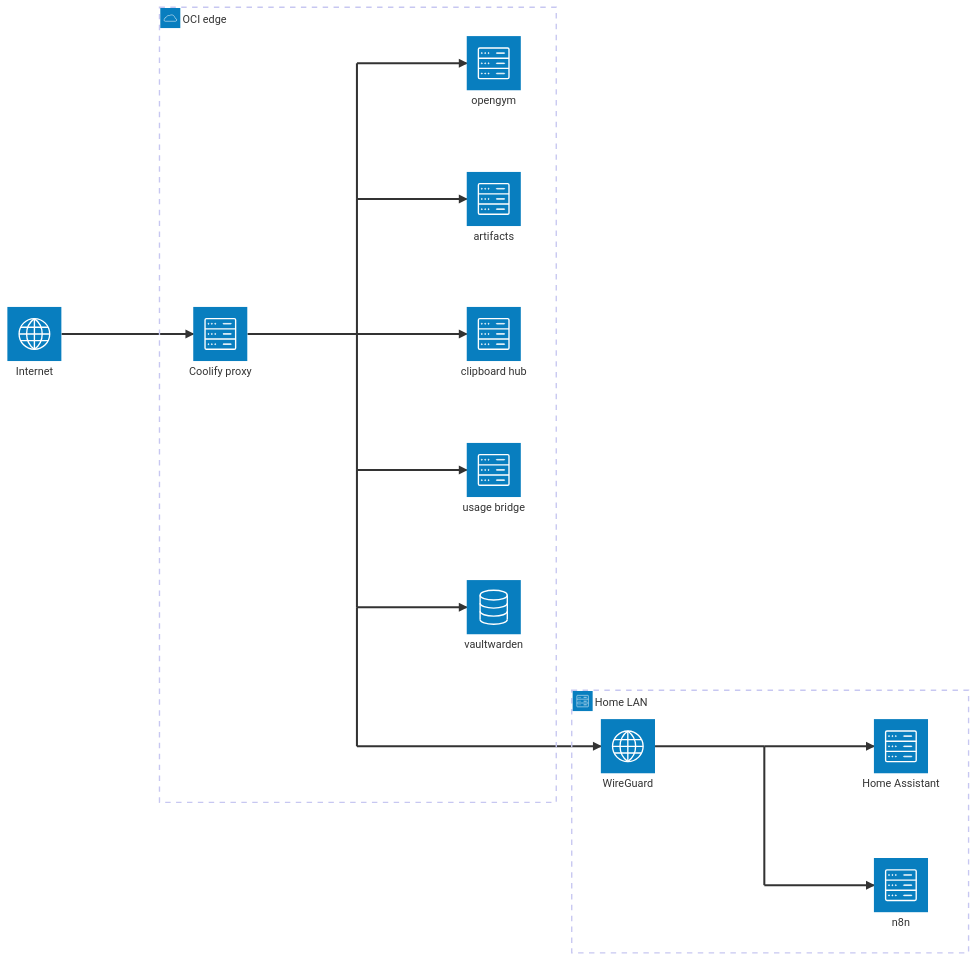
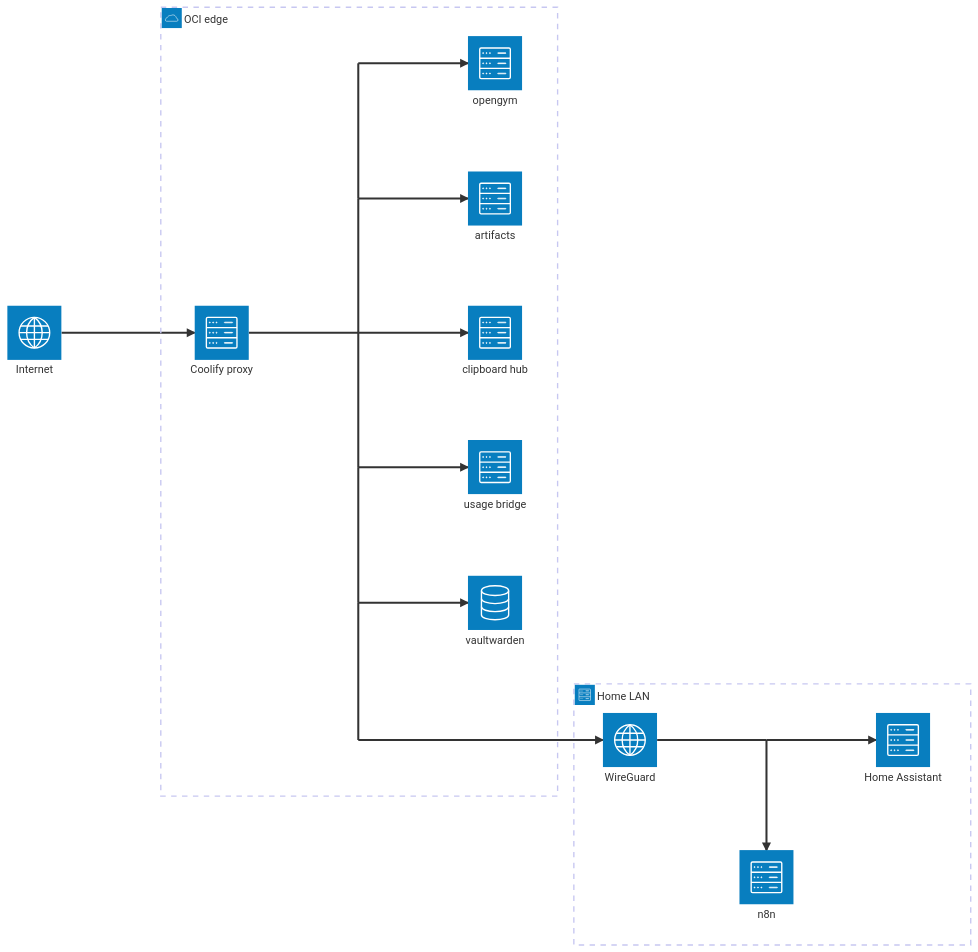
One commit to omo-dori/.github changed the diagram in profile/README.md. Above: the diagram before and after it, drawn with Mermaid.

Commit message:
docs: 구성도에서 n8n 위치 조정

````diff
--- a/profile/README.md
+++ b/profile/README.md
@@ -9,43 +9,41 @@
 ```mermaid
 architecture-beta
     service internet(internet)[Internet]
 
     group oci(cloud)[OCI edge]
     service proxy(server)[Coolify proxy] in oci
     junction j1 in oci
     junction j2 in oci
     junction j3 in oci
     junction j4 in oci
     junction j5 in oci
     junction j6 in oci
     service opengym(server)[opengym] in oci
     service artifacts(server)[artifacts] in oci
     service hub(server)[clipboard hub] in oci
     service bridge(server)[usage bridge] in oci
     service vault(database)[vaultwarden] in oci
 
     group home(server)[Home LAN]
     service wg(internet)[WireGuard] in home
     junction h1 in home
-    junction h2 in home
     service ha(server)[Home Assistant] in home
     service n8n(server)[n8n] in home
 
     internet:R --> L:proxy
     proxy:R -- L:j3
     j3:T -- B:j2
     j2:T -- B:j1
     j3:B -- T:j4
     j4:B -- T:j5
     j5:B -- T:j6
     j1:R --> L:opengym
     j2:R --> L:artifacts
     j3:R --> L:hub
     j4:R --> L:bridge
     j5:R --> L:vault
     j6:R --> L:wg
     wg:R -- L:h1
     h1:R --> L:ha
-    h1:B -- T:h2
-    h2:R --> L:n8n
+    h1:B --> T:n8n
 ```
````
